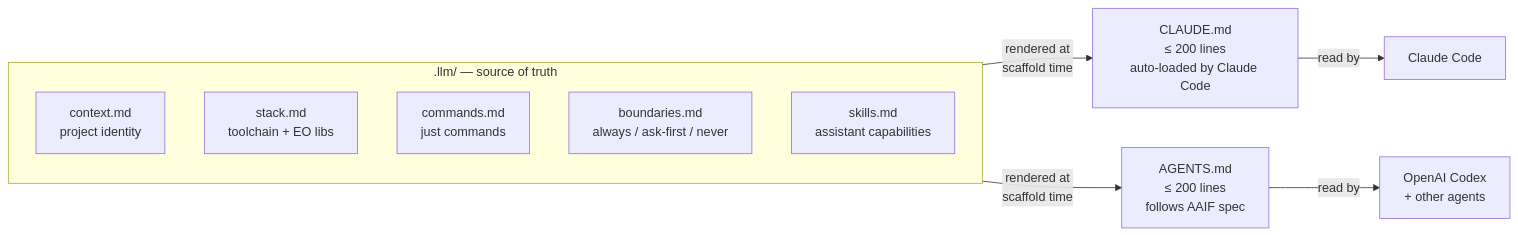
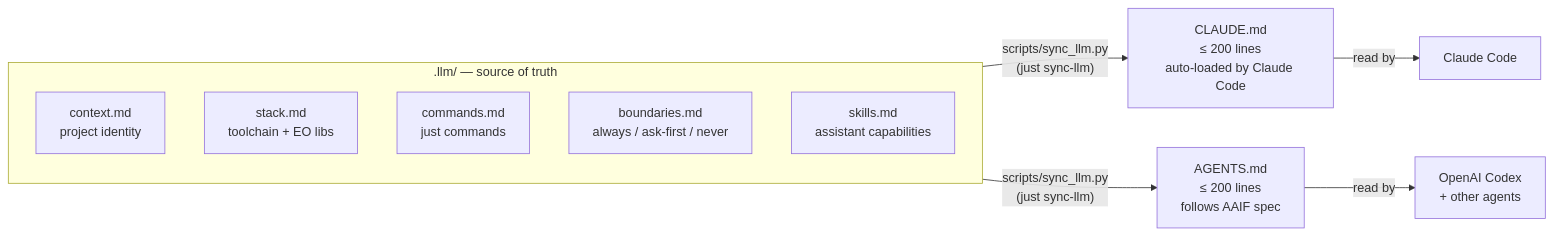
The second of 2 diagrams in docs/structure.md (pmuguda/cookiecutter-eo-llm), drawn with Mermaid before and after one commit. The commit also changed other lines of this file and 16 other files, not shown here.

````diff
--- a/docs/structure.md
+++ b/docs/structure.md
@@ -125,17 +125,17 @@
 ```mermaid
 flowchart LR
     subgraph src [".llm/ — source of truth"]
         direction TB
         CTX["context.md\nproject identity"]
         STK["stack.md\ntoolchain + EO libs"]
         CMD["commands.md\njust commands"]
         BND["boundaries.md\nalways / ask-first / never"]
         SKL["skills.md\nassistant capabilities"]
     end
 
-    src -->|"rendered at\nscaffold time"| CL["CLAUDE.md\n≤ 200 lines\nauto-loaded by Claude Code"]
-    src -->|"rendered at\nscaffold time"| AG["AGENTS.md\n≤ 200 lines\nfollows AAIF spec"]
+    src -->|"scripts/sync_llm.py\n(just sync-llm)"| CL["CLAUDE.md\n≤ 200 lines\nauto-loaded by Claude Code"]
+    src -->|"scripts/sync_llm.py\n(just sync-llm)"| AG["AGENTS.md\n≤ 200 lines\nfollows AAIF spec"]
 
     CL -->|"read by"| CC["Claude Code"]
     AG -->|"read by"| OA["OpenAI Codex\n+ other agents"]
 ```
````
